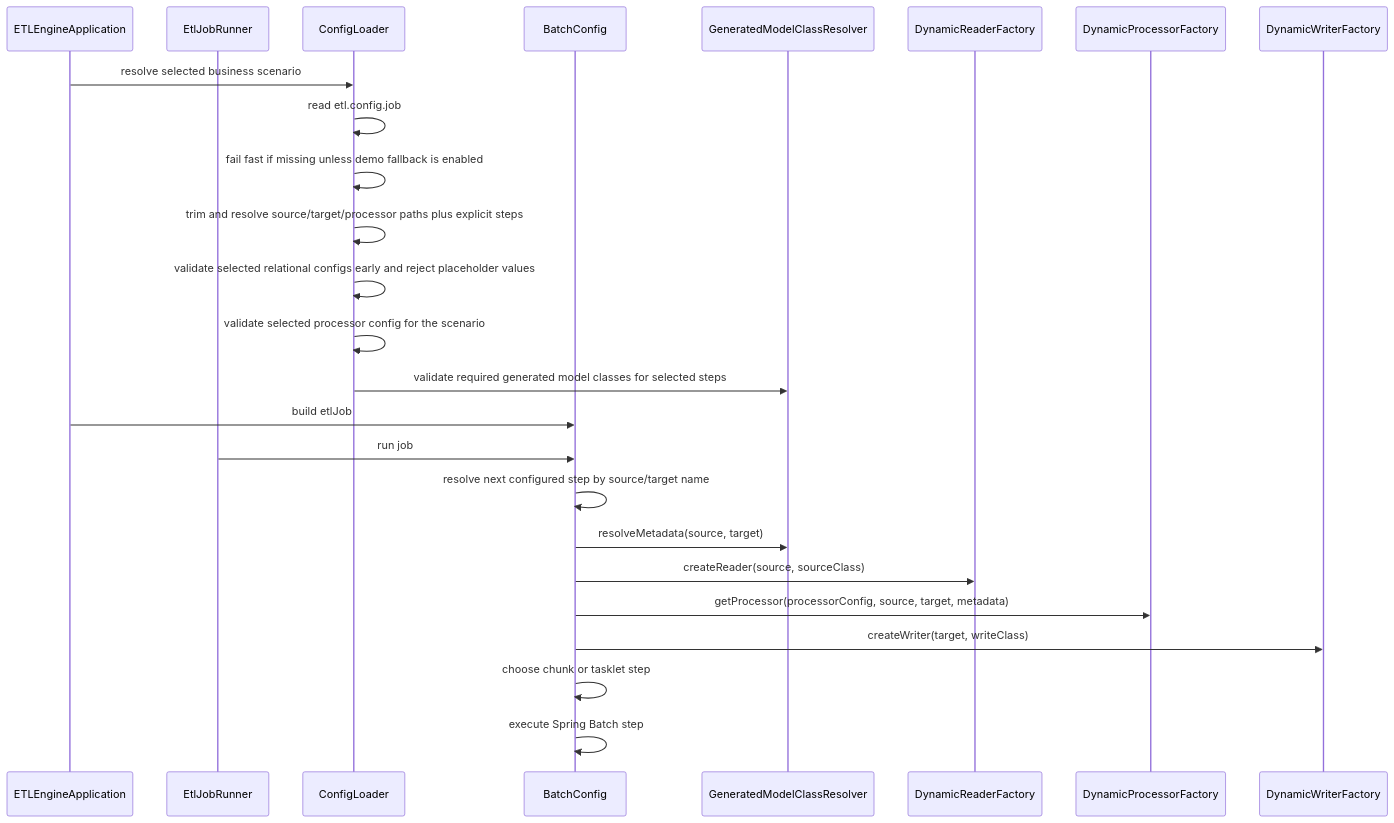
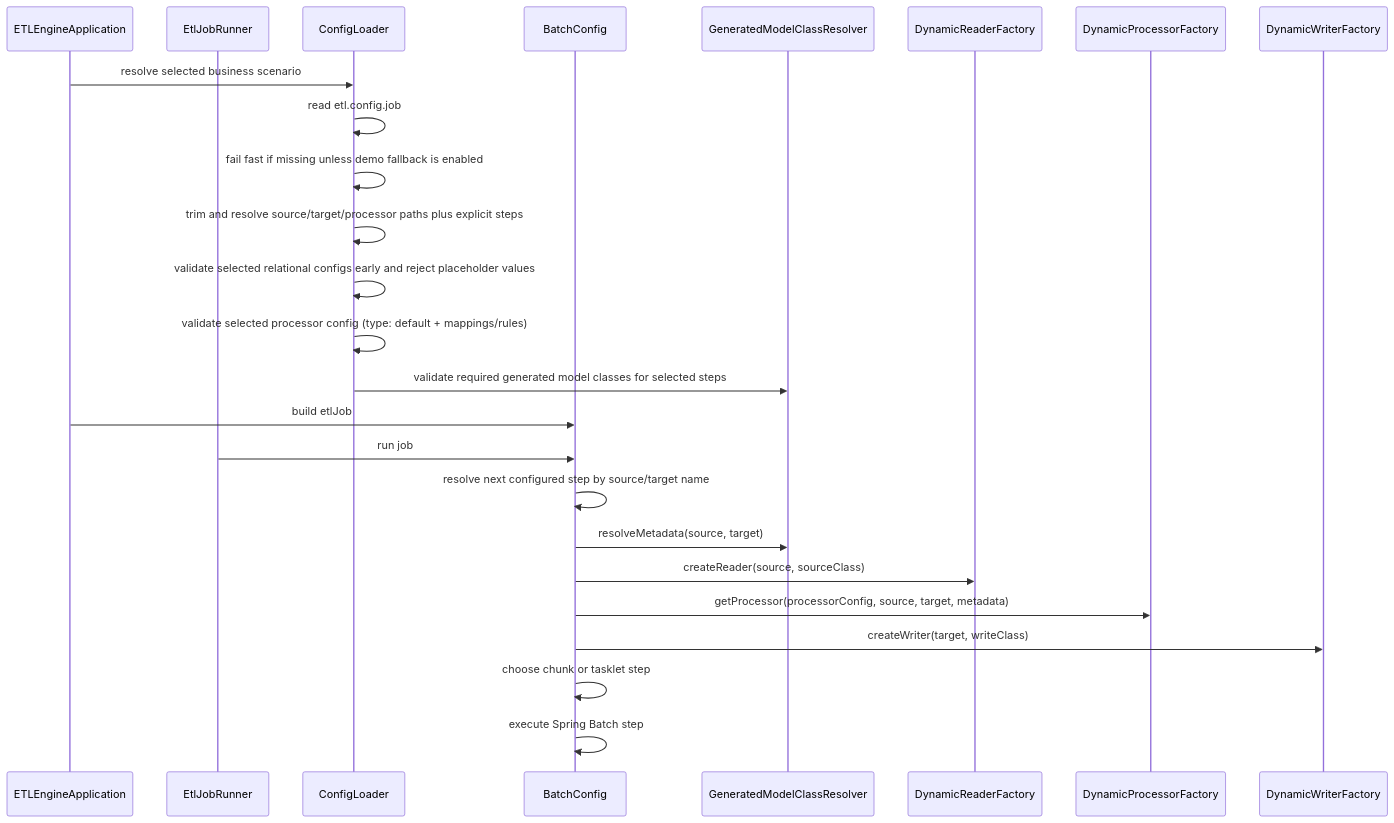
One commit to kbalanandam/spring-etl-engine changed the second of 6 diagrams in docs/architecture/runtime-flow.md. Above: the diagram before and after it, drawn with Mermaid. The commit also changed other lines of this file and 8 other files, not shown here.

Commit message:
test/docs(t15-s6): enforce default processor bundles and sync architecture flow

````diff
--- a/docs/architecture/runtime-flow.md
+++ b/docs/architecture/runtime-flow.md
@@ -63,28 +63,28 @@
 ```mermaid
 sequenceDiagram
     participant App as ETLEngineApplication
     participant Runner as EtlJobRunner
     participant Loader as ConfigLoader
     participant Batch as BatchConfig
     participant Resolver as GeneratedModelClassResolver
     participant ReaderF as DynamicReaderFactory
     participant ProcF as DynamicProcessorFactory
     participant WriterF as DynamicWriterFactory
 
     App->>Loader: resolve selected business scenario
     Loader->>Loader: read etl.config.job
     Loader->>Loader: fail fast if missing unless demo fallback is enabled
     Loader->>Loader: trim and resolve source/target/processor paths plus explicit steps
     Loader->>Loader: validate selected relational configs early and reject placeholder values
-    Loader->>Loader: validate selected processor config for the scenario
+    Loader->>Loader: validate selected processor config (type: default + mappings/rules)
     Loader->>Resolver: validate required generated model classes for selected steps
     App->>Batch: build etlJob
     Runner->>Batch: run job
     Batch->>Batch: resolve next configured step by source/target name
     Batch->>Resolver: resolveMetadata(source, target)
     Batch->>ReaderF: createReader(source, sourceClass)
     Batch->>ProcF: getProcessor(processorConfig, source, target, metadata)
     Batch->>WriterF: createWriter(target, writeClass)
     Batch->>Batch: choose chunk or tasklet step
     Batch->>Batch: execute Spring Batch step
 ```
````
